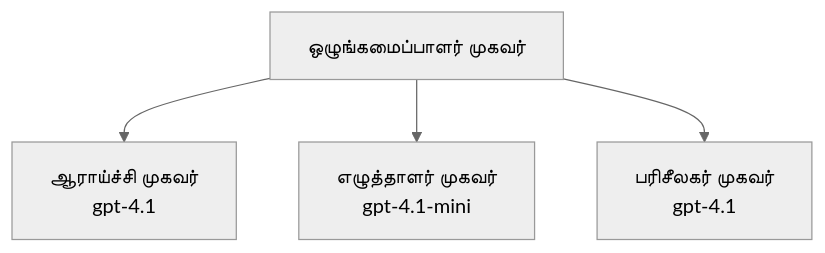
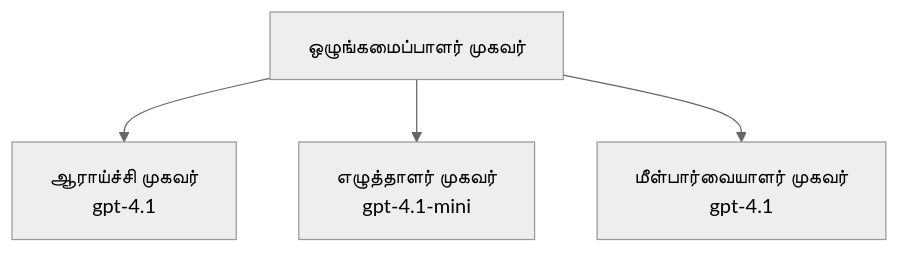
One commit to microsoft/AZD-for-beginners changed the third of 3 diagrams in translations/ta/docs/chapter-02-ai-development/agents.md. Above: the diagram before and after it, drawn with Mermaid (neutral theme). The commit also changed other lines of this file and 101 other files, not shown here.

````diff
--- a/translations/ta/docs/chapter-02-ai-development/agents.md
+++ b/translations/ta/docs/chapter-02-ai-development/agents.md
@@ -189,6 +194,6 @@
 ```mermaid
 graph TD
     Orchestrator[ஒழுங்கமைப்பாளர் முகவர்] --> Research[ஆராய்ச்சி முகவர்<br/>gpt-4.1]
     Orchestrator --> Writer[எழுத்தாளர் முகவர்<br/>gpt-4.1-mini]
-    Orchestrator --> Reviewer[பரிசீலகர் முகவர்<br/>gpt-4.1]
+    Orchestrator --> Reviewer[மீள்பார்வையாளர் முகவர்<br/>gpt-4.1]
 ```
````
